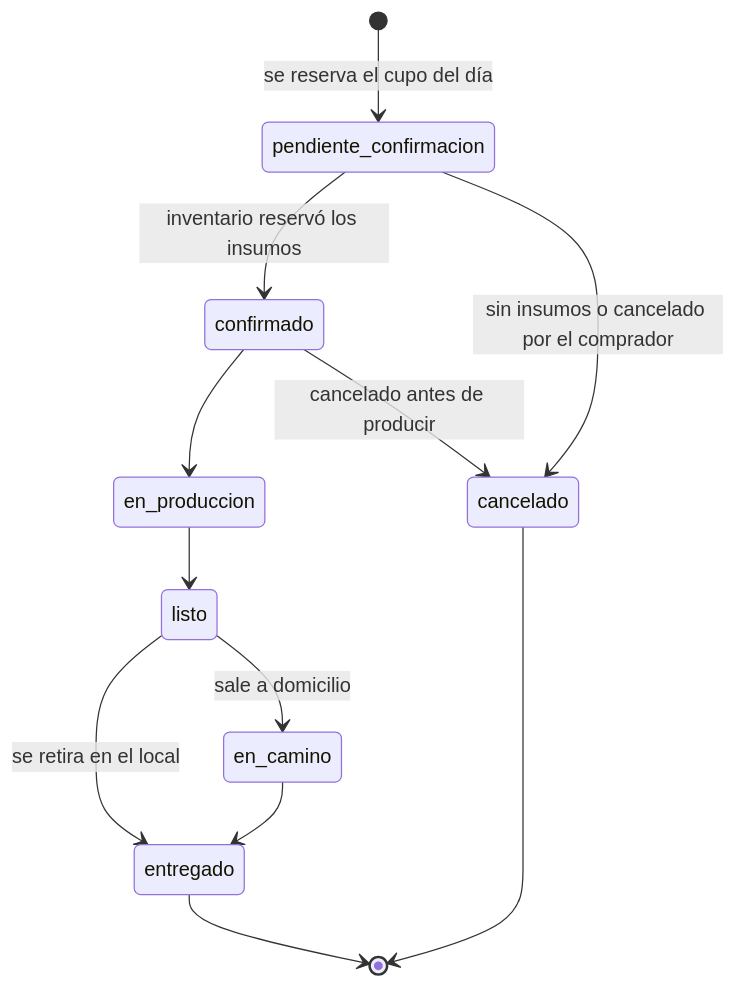
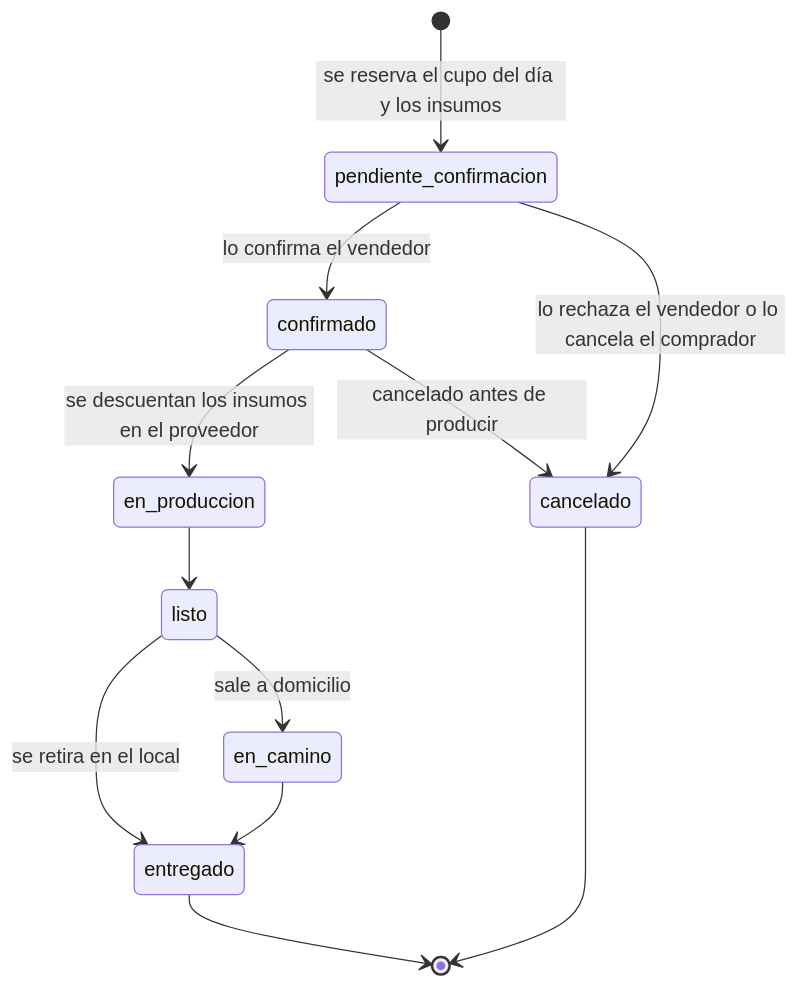
One commit to mariavlindonc/recienhechoapp changed the third of 3 diagrams in docs/ARCHITECTURE.md. Above: the diagram before and after it, drawn with Mermaid. The commit also changed other lines of this file and 13 other files, not shown here.

First line of the commit message:
docs: actualiza SPEC, ARCHITECTURE, ADR y DEMO al modelo de reserva propia (ADR-020)

````diff
--- a/docs/ARCHITECTURE.md
+++ b/docs/ARCHITECTURE.md
@@ -117,14 +117,14 @@
 ```mermaid
 stateDiagram-v2
-    [*] --> pendiente_confirmacion: se reserva el cupo del día
-    pendiente_confirmacion --> confirmado: inventario reservó los insumos
-    pendiente_confirmacion --> cancelado: sin insumos o cancelado por el comprador
-    confirmado --> en_produccion
+    [*] --> pendiente_confirmacion: se reserva el cupo del día y los insumos
+    pendiente_confirmacion --> confirmado: lo confirma el vendedor
+    pendiente_confirmacion --> cancelado: lo rechaza el vendedor o lo cancela el comprador
+    confirmado --> en_produccion: se descuentan los insumos en el proveedor
     confirmado --> cancelado: cancelado antes de producir
     en_produccion --> listo
     listo --> entregado: se retira en el local
     listo --> en_camino: sale a domicilio
     en_camino --> entregado
     entregado --> [*]
     cancelado --> [*]
 ```
````
